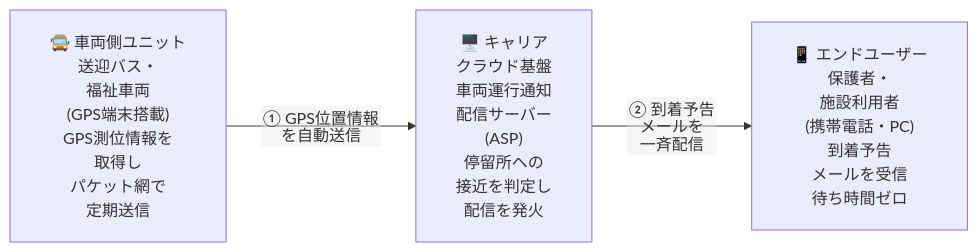
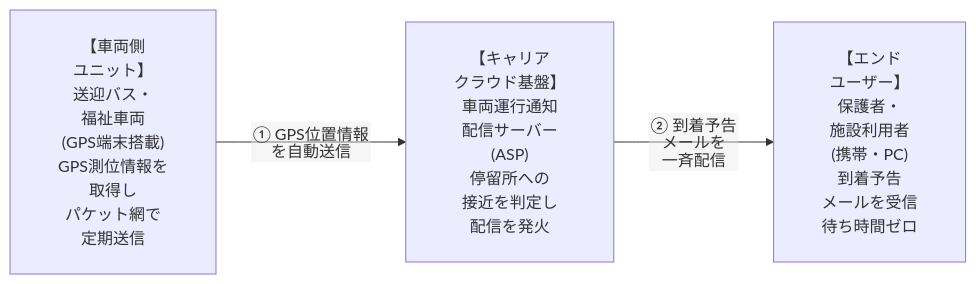
Before and after one commit to imo96/service-planning-architecture-portfolio: the first of 4 diagrams in README.md, drawn with Mermaid. The commit also changed other lines of this file, not shown here.

First line of the commit message:
Mermaid図: 絵文字を外し1行をさらに短縮して見切れを解消

````diff
--- a/README.md
+++ b/README.md
@@ -67,10 +67,10 @@
 ```mermaid
-%%{init: {"flowchart": {"htmlLabels": false, "padding": 20, "nodeSpacing": 40, "rankSpacing": 70}}}%%
+%%{init: {"flowchart": {"htmlLabels": false, "padding": 24, "nodeSpacing": 40, "rankSpacing": 70}}}%%
 flowchart LR
-    V["🚍 車両側ユニット<br>送迎バス・<br>福祉車両<br>(GPS端末搭載)<br>GPS測位情報を<br>取得し<br>パケット網で<br>定期送信"]
-    S["🖥️ キャリア<br>クラウド基盤<br>車両運行通知<br>配信サーバー<br>(ASP)<br>停留所への<br>接近を判定し<br>配信を発火"]
-    U["📱 エンドユーザー<br>保護者・<br>施設利用者<br>(携帯電話・PC)<br>到着予告<br>メールを受信<br>待ち時間ゼロ"]
+    V["【車両側<br>ユニット】<br>送迎バス・<br>福祉車両<br>(GPS端末搭載)<br>GPS測位情報を<br>取得し<br>パケット網で<br>定期送信"]
+    S["【キャリア<br>クラウド基盤】<br>車両運行通知<br>配信サーバー<br>(ASP)<br>停留所への<br>接近を判定し<br>配信を発火"]
+    U["【エンド<br>ユーザー】<br>保護者・<br>施設利用者<br>(携帯・PC)<br>到着予告<br>メールを受信<br>待ち時間ゼロ"]
 
     V -->|"① GPS位置情報<br>を自動送信"| S
     S -->|"② 到着予告<br>メールを<br>一斉配信"| U
 ```
````
